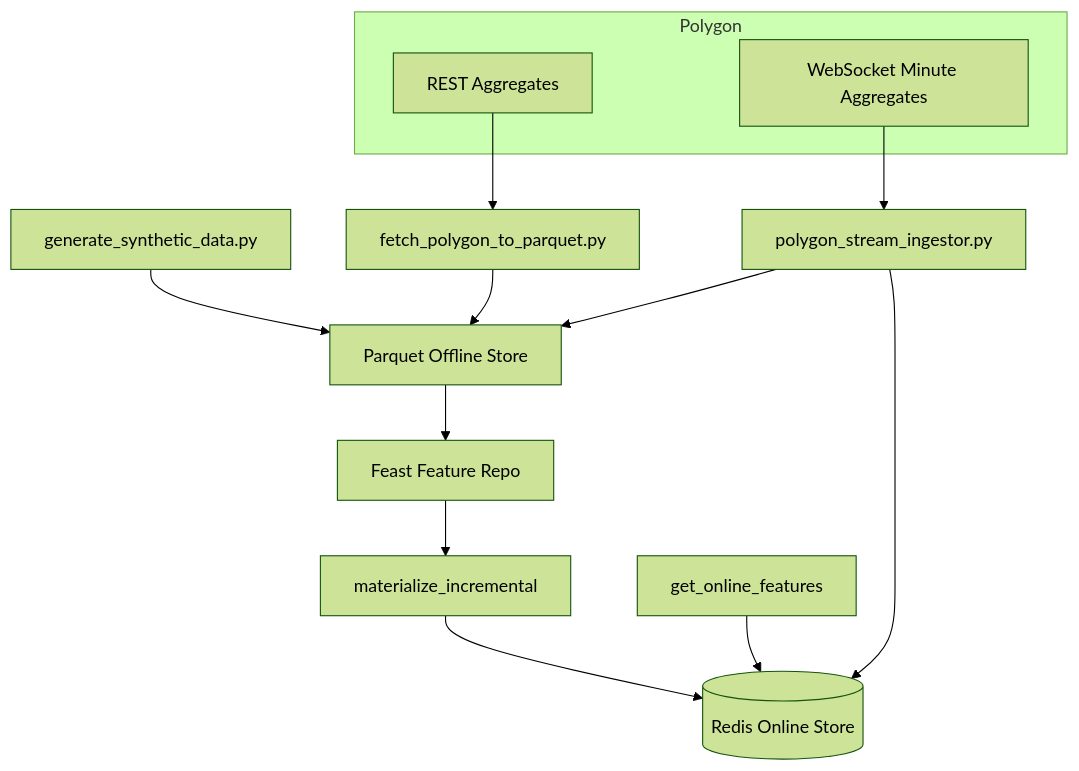
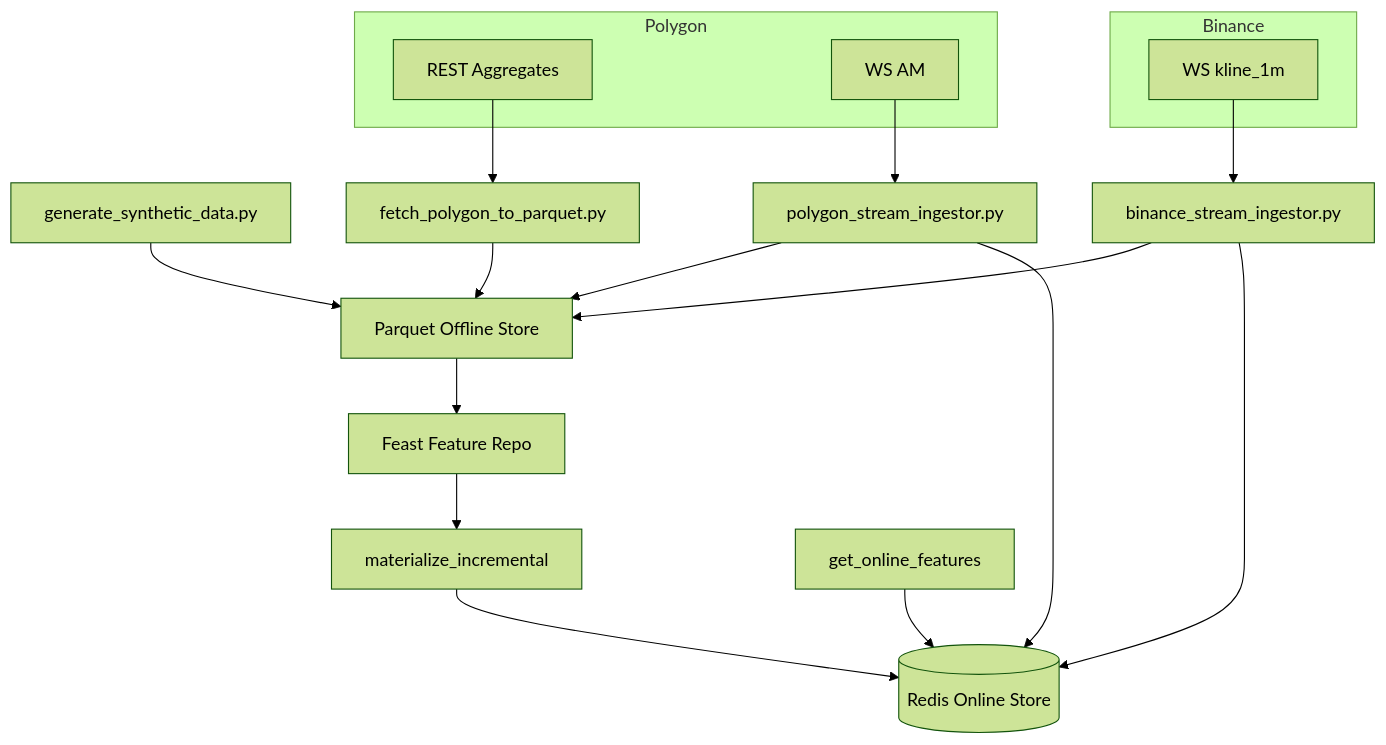
Before and after one commit to bridge-intelligence-lab/fin-feast: the first of 3 diagrams in docs/ARCHITECTURE.md, drawn with Mermaid (forest theme). The commit also changed other lines of this file and 15 other files, not shown here.

````diff
--- a/docs/ARCHITECTURE.md
+++ b/docs/ARCHITECTURE.md
@@ -14,29 +14,36 @@
 ```mermaid
 graph TD
   subgraph Polygon
     REST[REST Aggregates]
-    WS[WebSocket Minute Aggregates]
+    PWS[WS AM]
+  end
+  subgraph Binance
+    BWS[WS kline_1m]
   end
 
   GEN[generate_synthetic_data.py]
   FETCH[fetch_polygon_to_parquet.py]
-  STREAM[polygon_stream_ingestor.py]
+  STREAM_POLY[polygon_stream_ingestor.py]
+  STREAM_BINANCE[binance_stream_ingestor.py]
   FEAST[Feast Feature Repo]
   PARQUET[Parquet Offline Store]
   REDIS[(Redis Online Store)]
   MAT[materialize_incremental]
   ONLINE[get_online_features]
 
   REST --> FETCH
   GEN --> PARQUET
   FETCH --> PARQUET
 
-  WS --> STREAM
-  STREAM --> PARQUET
-  STREAM --> REDIS
+  PWS --> STREAM_POLY
+  BWS --> STREAM_BINANCE
+  STREAM_POLY --> PARQUET
+  STREAM_POLY --> REDIS
+  STREAM_BINANCE --> PARQUET
+  STREAM_BINANCE --> REDIS
 
   PARQUET --> FEAST
   FEAST --> MAT
   MAT --> REDIS
   ONLINE --> REDIS
 ```
````
